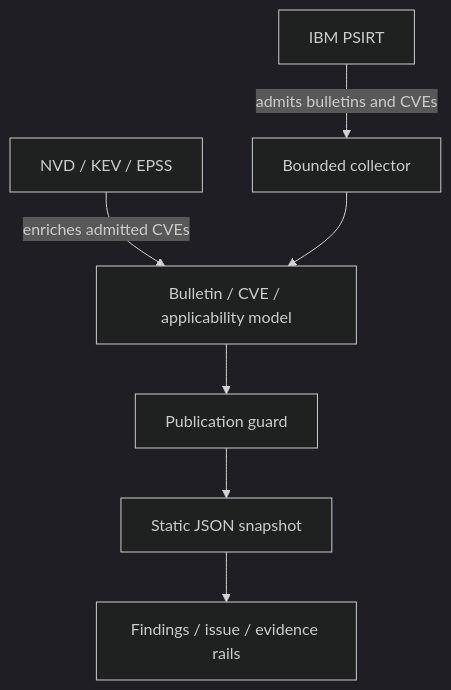
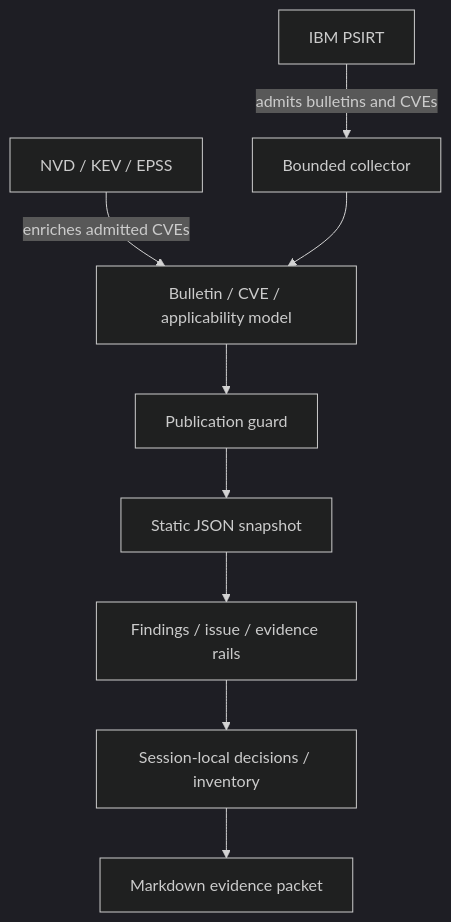
One commit to jtflack-grc/power-and-ibm-i-security-sort changed the diagram in ARCHITECTURE.md. Above: the diagram before and after it, drawn with Mermaid (dark theme). The commit also changed other lines of this file and 21 other files, not shown here.

First line of the commit message:
Finish local remediation workflow and inventory comparison (#13)

````diff
--- a/ARCHITECTURE.md
+++ b/ARCHITECTURE.md
@@ -5,9 +5,11 @@
 ```mermaid
 flowchart TD
     PSIRT[IBM PSIRT] -->|admits bulletins and CVEs| Collector[Bounded collector]
     Intel[NVD / KEV / EPSS] -->|enriches admitted CVEs| Model[Bulletin / CVE / applicability model]
     Collector --> Model
     Model --> Guard[Publication guard]
     Guard --> Snapshot[Static JSON snapshot]
     Snapshot --> Rails[Findings / issue / evidence rails]
+    Rails --> Local[Session-local decisions / inventory]
+    Local --> Packet[Markdown evidence packet]
 ```
````
